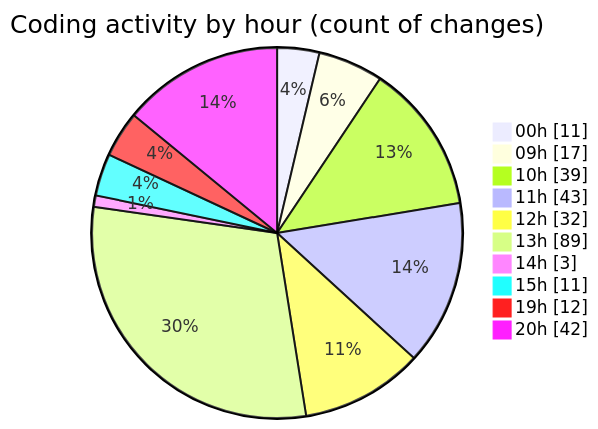
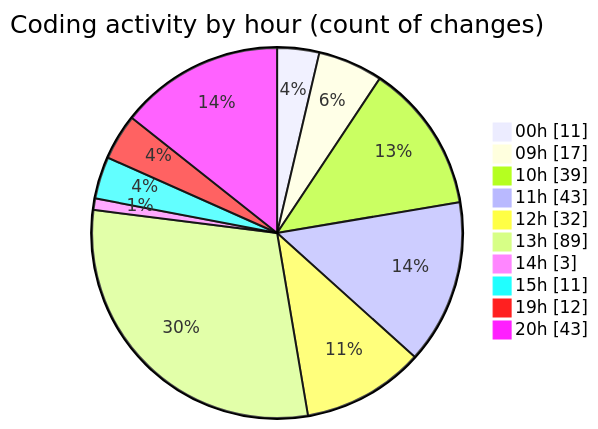
The second of 2 diagrams in 2026-09-02/cda/README.md (momahboobian/code-tracking), drawn with Mermaid before and after one commit. The commit also changed other lines of this file and 1 other file, not shown here.

````diff
--- a/2026-09-02/cda/README.md
+++ b/2026-09-02/cda/README.md
@@ -92,14 +92,14 @@
 ```mermaid
 pie showData
 title Coding activity by hour (count of changes)
 "00h" : 11
 "09h" : 17
 "10h" : 39
 "11h" : 43
 "12h" : 32
 "13h" : 89
 "14h" : 3
 "15h" : 11
 "19h" : 12
-"20h" : 42
+"20h" : 43
 ```
````
